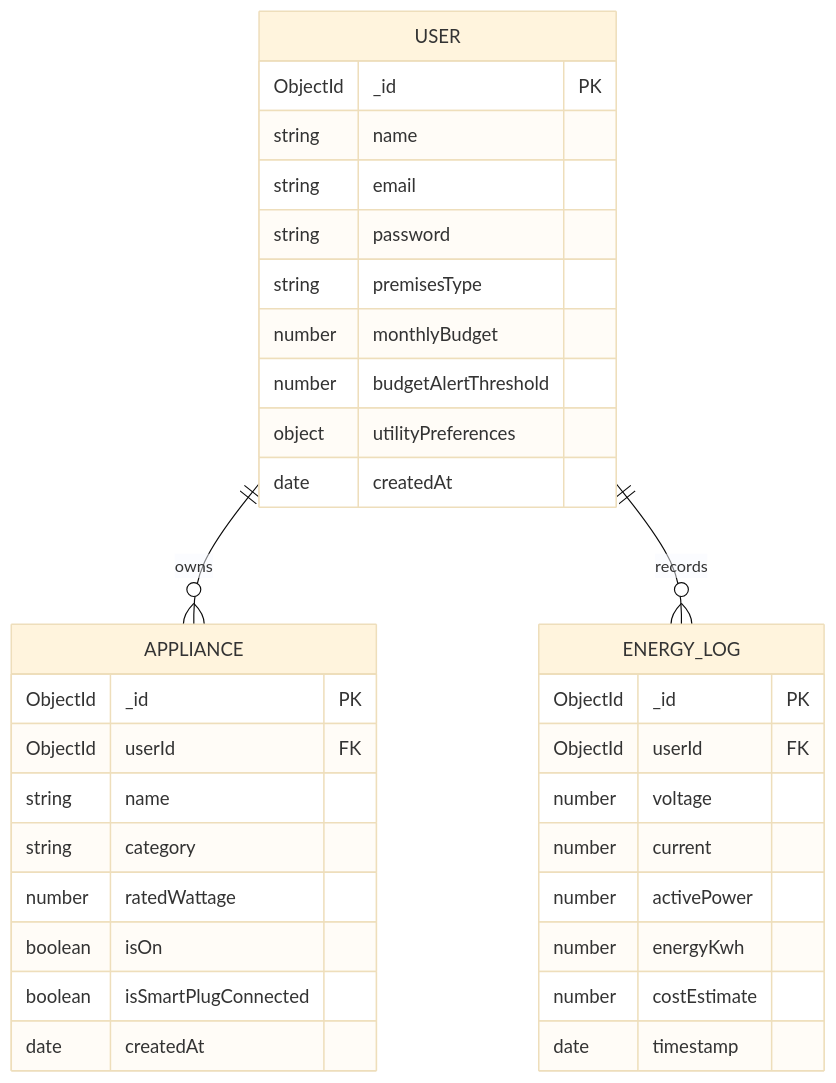
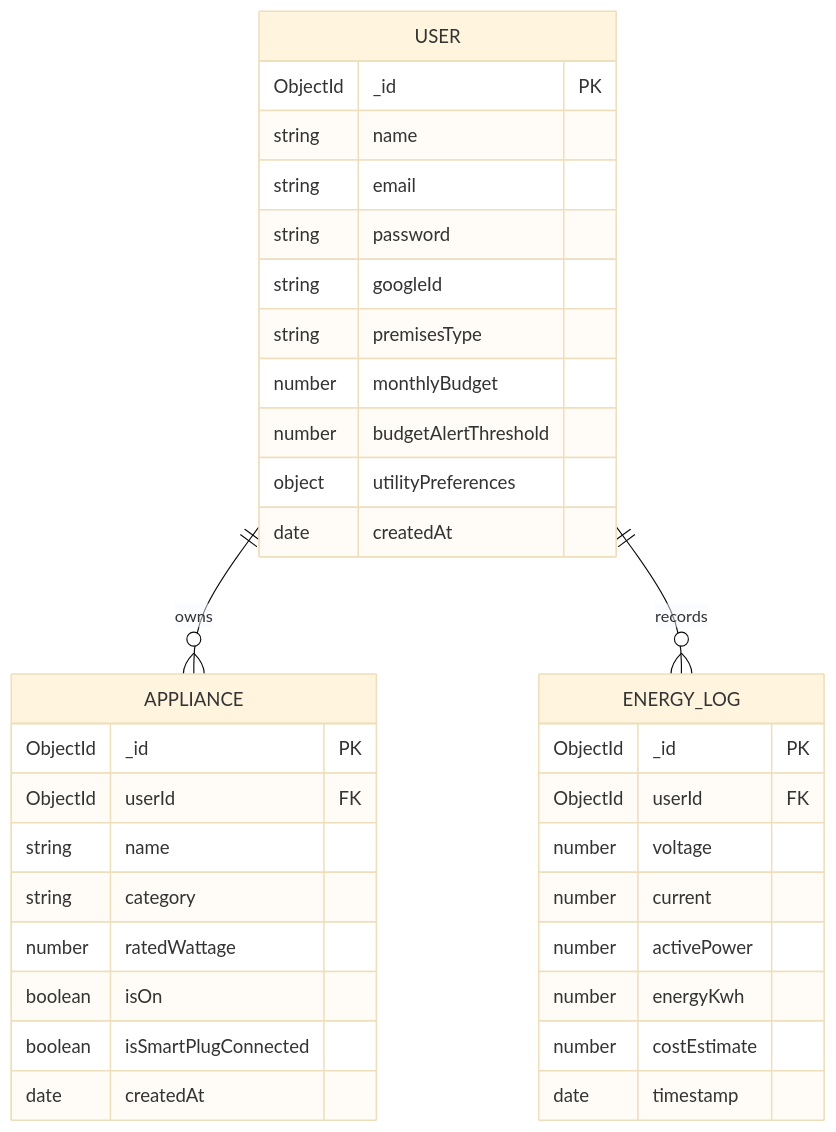
One commit to dasunisenanayake25/smartsurge changed the diagram in README.md. Above: the diagram before and after it, drawn with Mermaid (base theme). The commit also changed other lines of this file, not shown here.

Commit message:
docs: update README with live deployment links, Google OAuth, and mobile responsiveness

````diff
--- a/README.md
+++ b/README.md
@@ -24,39 +34,40 @@
 ```mermaid
 erDiagram
     USER ||--o{ APPLIANCE : "owns"
     USER ||--o{ ENERGY_LOG : "records"
 
     USER {
         ObjectId _id PK
         string name
         string email
         string password
+        string googleId
         string premisesType
         number monthlyBudget
         number budgetAlertThreshold
         object utilityPreferences
         date createdAt
     }
 
     APPLIANCE {
         ObjectId _id PK
         ObjectId userId FK
         string name
         string category
         number ratedWattage
         boolean isOn
         boolean isSmartPlugConnected
         date createdAt
     }
 
     ENERGY_LOG {
         ObjectId _id PK
         ObjectId userId FK
         number voltage
         number current
         number activePower
         number energyKwh
         number costEstimate
         date timestamp
     }
 ```
````
